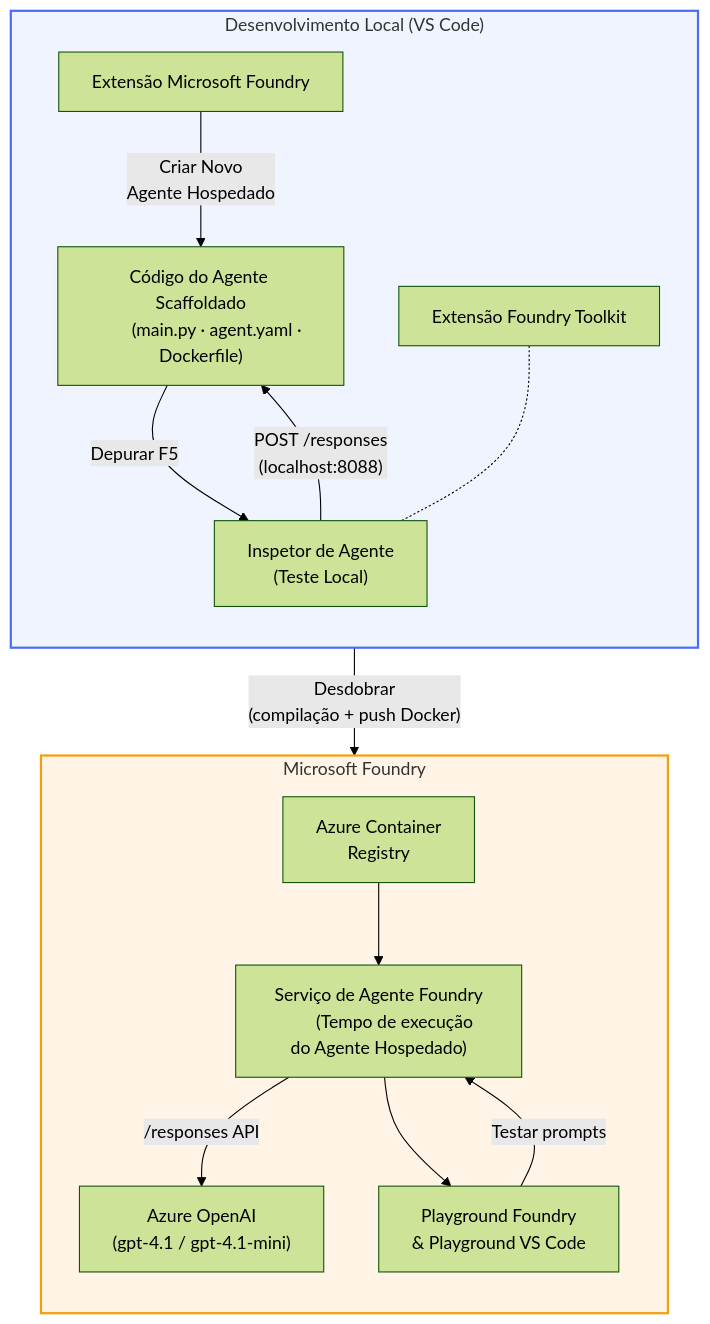
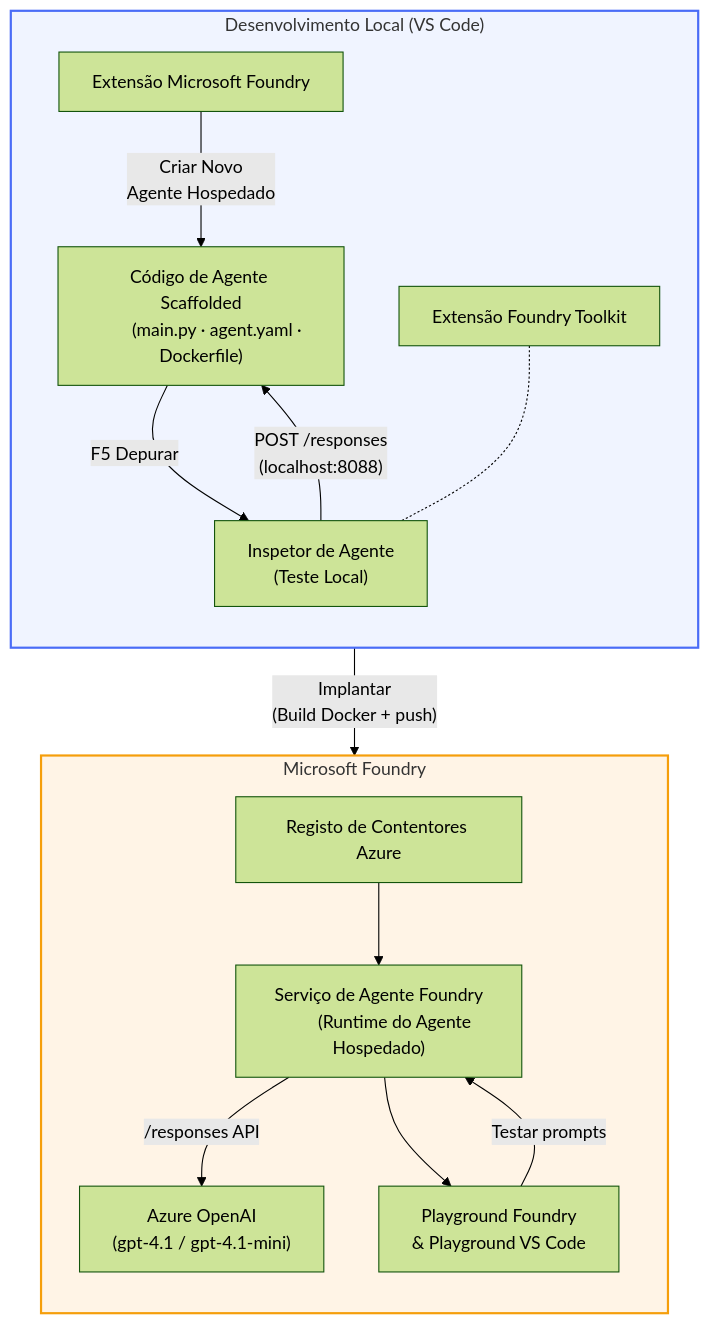
Before and after one commit to microsoft-foundry/Foundry_Toolkit_for_VSCode_Lab: the diagram in translations/pt-PT/README.md, drawn with Mermaid (forest theme). The commit also changed other lines of this file and 110 other files, not shown here.

````diff
--- a/translations/pt-PT/README.md
+++ b/translations/pt-PT/README.md
@@ -48,40 +52,39 @@
 ```mermaid
 flowchart TB
     subgraph Local["Desenvolvimento Local (VS Code)"]
         direction TB
         FE["Extensão Microsoft Foundry"]
         FoundryToolkit["Extensão Foundry Toolkit"]
-        Scaffold["Código do Agente Scaffoldado
+        Scaffold["Código de Agente Scaffolded
         (main.py · agent.yaml · Dockerfile)"]
         Inspector["Inspetor de Agente
         (Teste Local)"]
         FE -- "Criar Novo
         Agente Hospedado" --> Scaffold
-        Scaffold -- "Depurar F5" --> Inspector
+        Scaffold -- "F5 Depurar" --> Inspector
         FoundryToolkit -.- Inspector
     end
 
     subgraph Cloud["Microsoft Foundry"]
         direction TB
-        ACR["Azure Container
-        Registry"]
+        ACR["Registo de Contentores Azure"]
         AgentService["Serviço de Agente Foundry
-        (Tempo de execução do Agente Hospedado)"]
+        (Runtime do Agente Hospedado)"]
         Model["Azure OpenAI
         (gpt-4.1 / gpt-4.1-mini)"]
         Playground["Playground Foundry
         & Playground VS Code"]
         ACR --> AgentService
         AgentService -- "/responses API" --> Model
         AgentService --> Playground
     end
 
-    Scaffold -- "Desdobrar
-    (compilação + push Docker)" --> ACR
+    Scaffold -- "Implantar
+    (Build Docker + push)" --> ACR
     Inspector -- "POST /responses
     (localhost:8088)" --> Scaffold
     Playground -- "Testar prompts" --> AgentService
 
     style Local fill:#f0f4ff,stroke:#4a6cf7,stroke-width:2px
     style Cloud fill:#fff4e6,stroke:#f59e0b,stroke-width:2px
 ```
````
